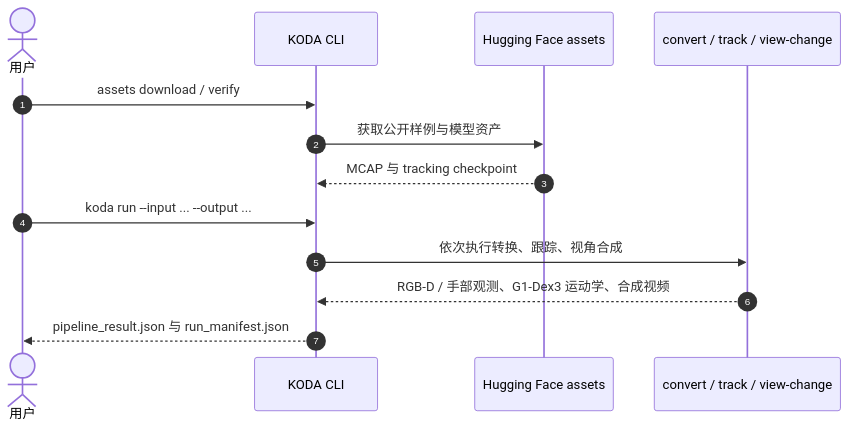
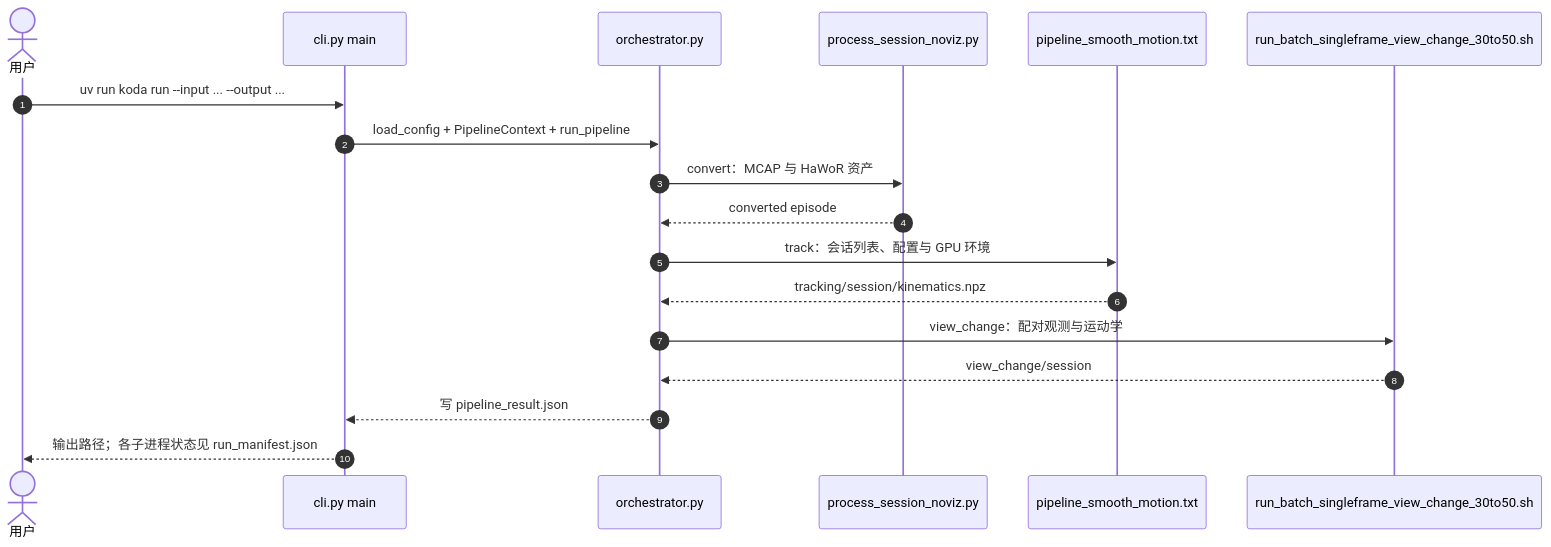
The second of 2 diagrams in wiki/entities/paper-koda-egocentric-vla.md (ImChong/Robotics_Notebooks), drawn with Mermaid before and after one commit. The commit also changed other lines of this file and 4 other files, not shown here.

````diff
--- a/wiki/entities/paper-koda-egocentric-vla.md
+++ b/wiki/entities/paper-koda-egocentric-vla.md
@@ -71,15 +96,20 @@
 ```mermaid
 sequenceDiagram
   autonumber
   actor User as 用户
-  participant CLI as KODA CLI
-  participant HF as Hugging Face assets
-  participant Pipe as convert / track / view-change
-  User->>CLI: assets download / verify
-  CLI->>HF: 获取公开样例与模型资产
-  HF-->>CLI: MCAP 与 tracking checkpoint
-  User->>CLI: koda run --input ... --output ...
-  CLI->>Pipe: 依次执行转换、跟踪、视角合成
-  Pipe-->>CLI: RGB-D / 手部观测、G1-Dex3 运动学、合成视频
-  CLI-->>User: pipeline_result.json 与 run_manifest.json
+  participant CLI as cli.py main
+  participant Orch as orchestrator.py
+  participant Conv as process_session_noviz.py
+  participant Track as pipeline_smooth_motion.txt
+  participant View as run_batch_singleframe_view_change_30to50.sh
+  User->>CLI: uv run koda run --input ... --output ...
+  CLI->>Orch: load_config + PipelineContext + run_pipeline
+  Orch->>Conv: convert：MCAP 与 HaWoR 资产
+  Conv-->>Orch: converted episode
+  Orch->>Track: track：会话列表、配置与 GPU 环境
+  Track-->>Orch: tracking/session/kinematics.npz
+  Orch->>View: view_change：配对观测与运动学
+  View-->>Orch: view_change/session
+  Orch-->>CLI: 写 pipeline_result.json
+  CLI-->>User: 输出路径；各子进程状态见 run_manifest.json
 ```
````
